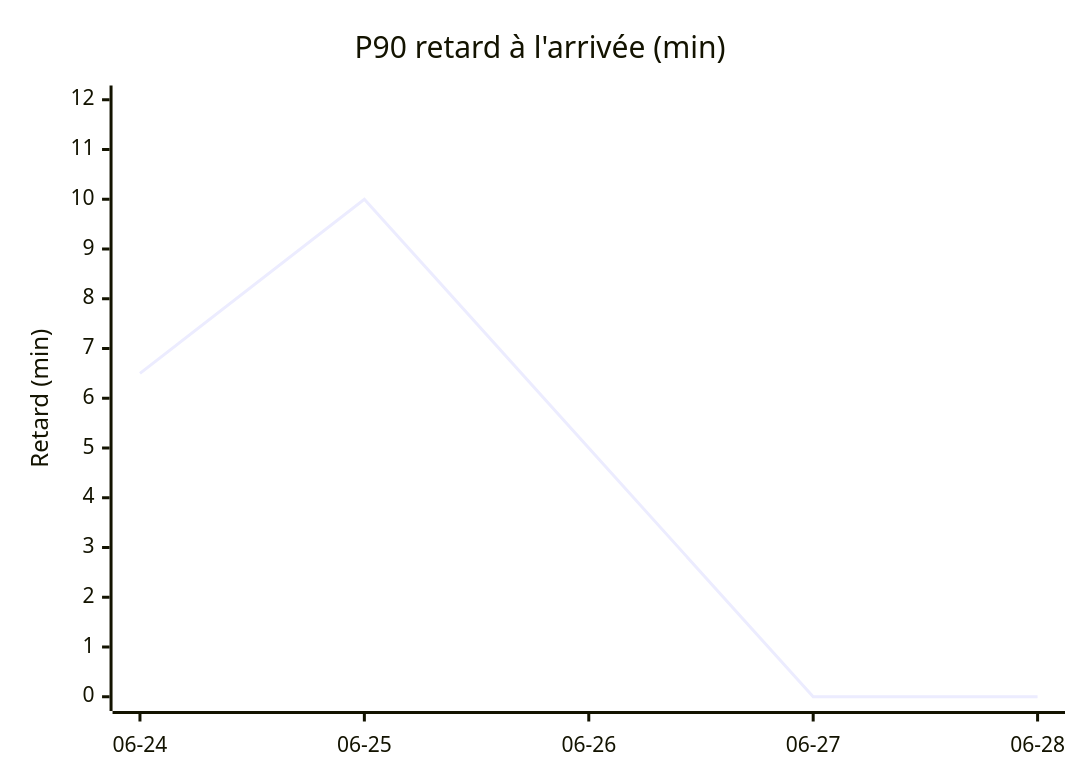
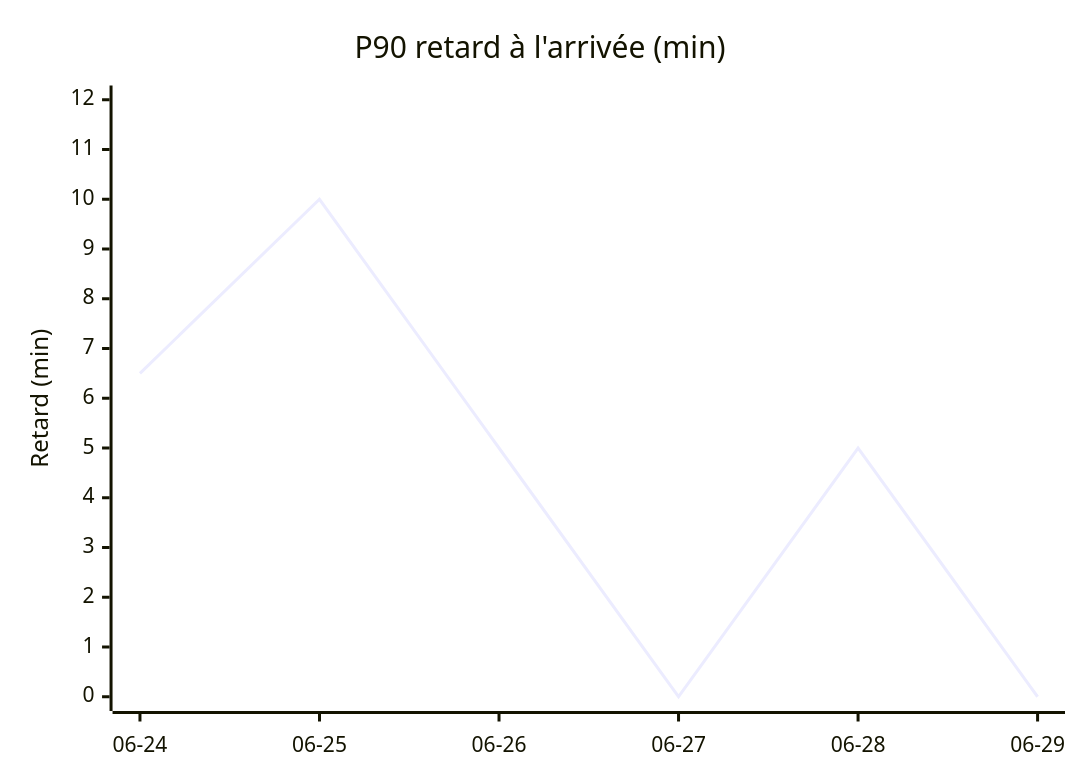
One commit to antoinerep/horaire-ter changed the first of 4 diagrams in STATS.md. Above: the diagram before and after it, drawn with Mermaid. The commit also changed other lines of this file and 1 other file, not shown here.

````diff
--- a/STATS.md
+++ b/STATS.md
@@ -29,7 +29,7 @@
 ```mermaid
 xychart-beta
     title "P90 retard à l'arrivée (min)"
-    x-axis ["06-24", "06-25", "06-26", "06-27", "06-28"]
+    x-axis ["06-24", "06-25", "06-26", "06-27", "06-28", "06-29"]
     y-axis "Retard (min)" 0 --> 12
-    line [6.5, 10.0, 5.0, 0.0, 0.0]
+    line [6.5, 10.0, 5.0, 0.0, 5.0, 0.0]
 ```
````
